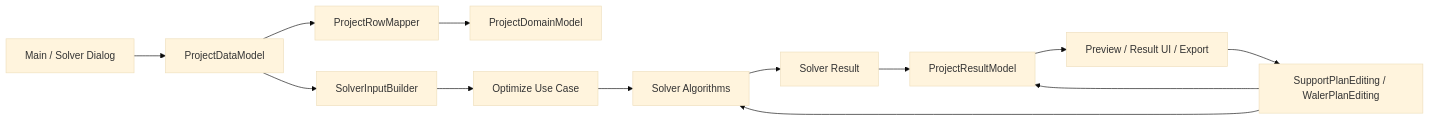
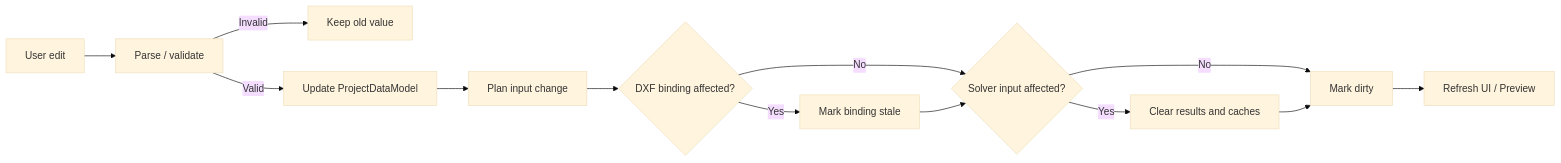
One commit to Chuang-Chun-An/bracing-optimizer changed the fifth of 9 diagrams in docs/WORKFLOW.md. Above: the diagram before and after it, drawn with Mermaid (base theme). The commit also changed other lines of this file and 217 other files, not shown here.

````diff
--- a/docs/WORKFLOW.md
+++ b/docs/WORKFLOW.md
@@ -24,15 +328,15 @@
 ```mermaid
 flowchart LR
-    UI[Main / Solver Dialog] --> Project[ProjectDataModel]
-    Project --> Mapper[ProjectRowMapper]
-    Mapper --> Domain[ProjectDomainModel]
-    Project --> Builder[SolverInputBuilder]
-    Builder --> UseCase[Optimize Use Case]
-    UseCase --> Solver[Solver Algorithms]
-    Solver --> Result[Solver Result]
-    Result --> ResultModel[ProjectResultModel]
-    ResultModel --> Output[Preview / Result UI / Export]
-    Output --> Editing[SupportPlanEditing / WalerPlanEditing]
-    Editing --> Solver
-    Editing --> ResultModel
+    Edit[User edit] --> Validate[Parse / validate]
+    Validate -->|Invalid| Keep[Keep old value]
+    Validate -->|Valid| Project[Update ProjectDataModel]
+    Project --> Plan[Plan input change]
+    Plan --> Binding{DXF binding affected?}
+    Binding -- Yes --> Stale[Mark binding stale]
+    Binding -- No --> ResultCheck{Solver input affected?}
+    Stale --> ResultCheck
+    ResultCheck -- Yes --> Clear[Clear results and caches]
+    ResultCheck -- No --> Dirty[Mark dirty]
+    Clear --> Dirty
+    Dirty --> Refresh[Refresh UI / Preview]
 ```
````
